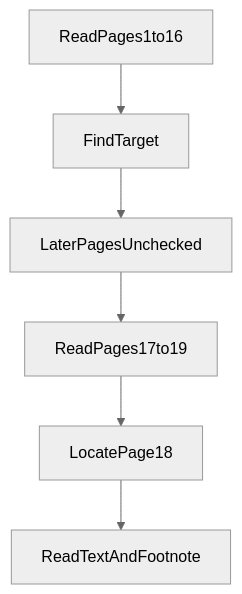
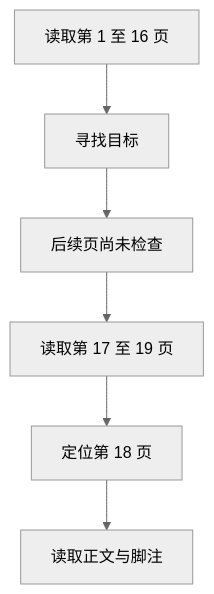
The fourth of 10 diagrams in articles/021-agent-web-research-from-search-to-deep-reading.md (hpoenixf/eff-agent-article), drawn with Mermaid (neutral theme) before and after one commit. The commit also changed other lines of this file and 52 other files, not shown here.

Commit message:
docs: localize diagrams and clarify flagship guides

````diff
--- a/articles/021-agent-web-research-from-search-to-deep-reading.md
+++ b/articles/021-agent-web-research-from-search-to-deep-reading.md
@@ -115,8 +115,8 @@
 ```mermaid
 graph TD
-ReadPages1to16 --> FindTarget
-FindTarget --> LaterPagesUnchecked
-LaterPagesUnchecked --> ReadPages17to19
-ReadPages17to19 --> LocatePage18
-LocatePage18 --> ReadTextAndFootnote
+ReadPages1to16["读取第 1 至 16 页"] --> FindTarget["寻找目标"]
+FindTarget --> LaterPagesUnchecked["后续页尚未检查"]
+LaterPagesUnchecked --> ReadPages17to19["读取第 17 至 19 页"]
+ReadPages17to19 --> LocatePage18["定位第 18 页"]
+LocatePage18 --> ReadTextAndFootnote["读取正文与脚注"]
 ```
````
